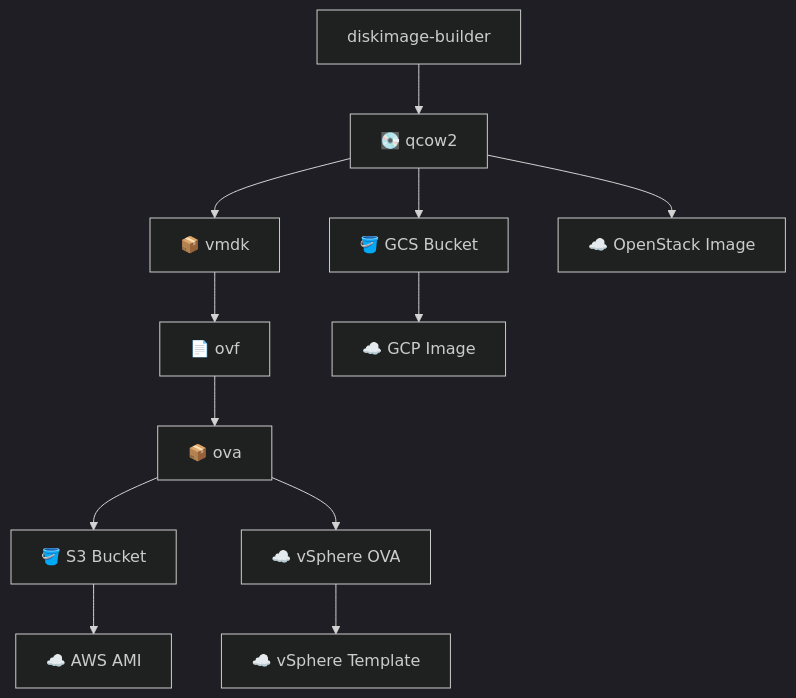
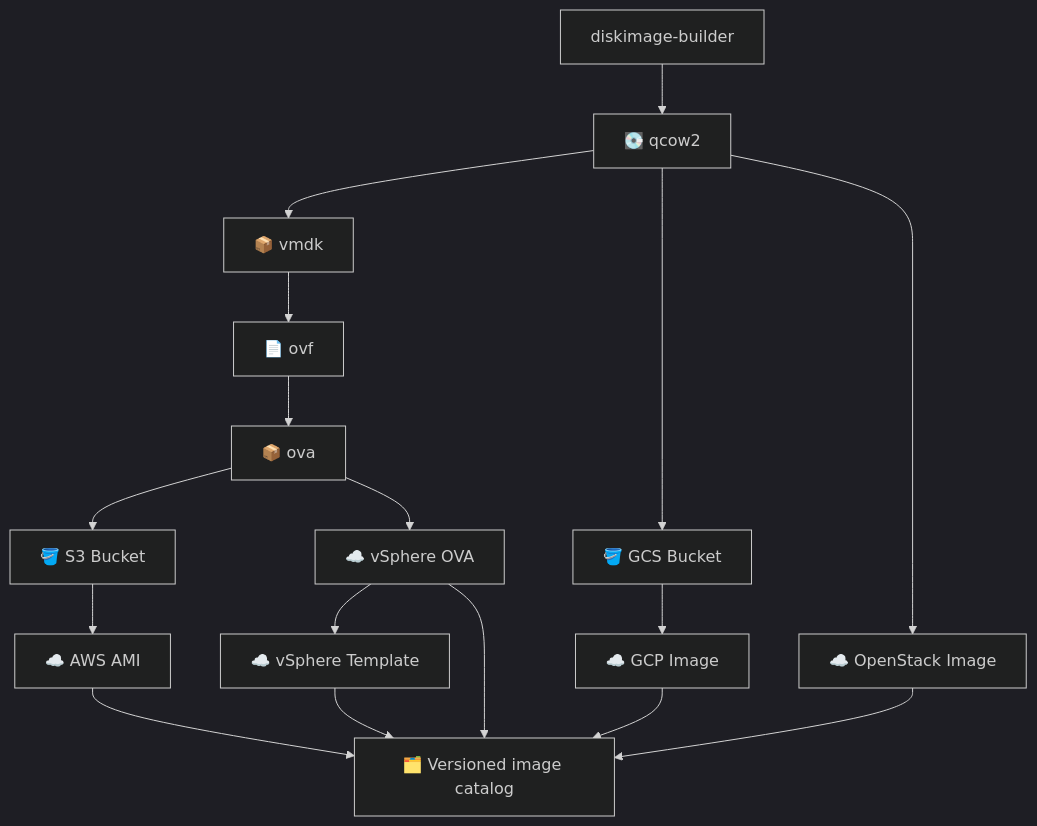
Before and after one commit to jjbailey/dib7: the diagram in README.md, drawn with Mermaid (dark theme). The commit also changed other lines of this file and 32 other files, not shown here.

````diff
--- a/README.md
+++ b/README.md
@@ -19,14 +19,19 @@
 ```mermaid
 flowchart TB
     DIB["diskimage-builder"] --> QCOW2["💽 qcow2"]
     QCOW2 --> VMDK["📦 vmdk"]
     VMDK --> OVF["📄 ovf"]
     OVF --> OVA["📦 ova"]
     QCOW2 --> GCS["🪣 GCS Bucket"]
     GCS --> GCP_IMG["☁️ GCP Image"]
     QCOW2 --> OPENSTACK_IMG["☁️ OpenStack Image"]
     OVA --> S3["🪣 S3 Bucket"]
     S3 --> AWS_IMG["☁️ AWS AMI"]
     OVA --> VSPHERE_IMG["☁️ vSphere OVA"]
     VSPHERE_IMG --> VSPHERE_TPL["☁️ vSphere Template"]
+    AWS_IMG --> CATALOG["🗂️ Versioned image catalog"]
+    GCP_IMG --> CATALOG
+    OPENSTACK_IMG --> CATALOG
+    VSPHERE_IMG --> CATALOG
+    VSPHERE_TPL --> CATALOG
 ```
````
